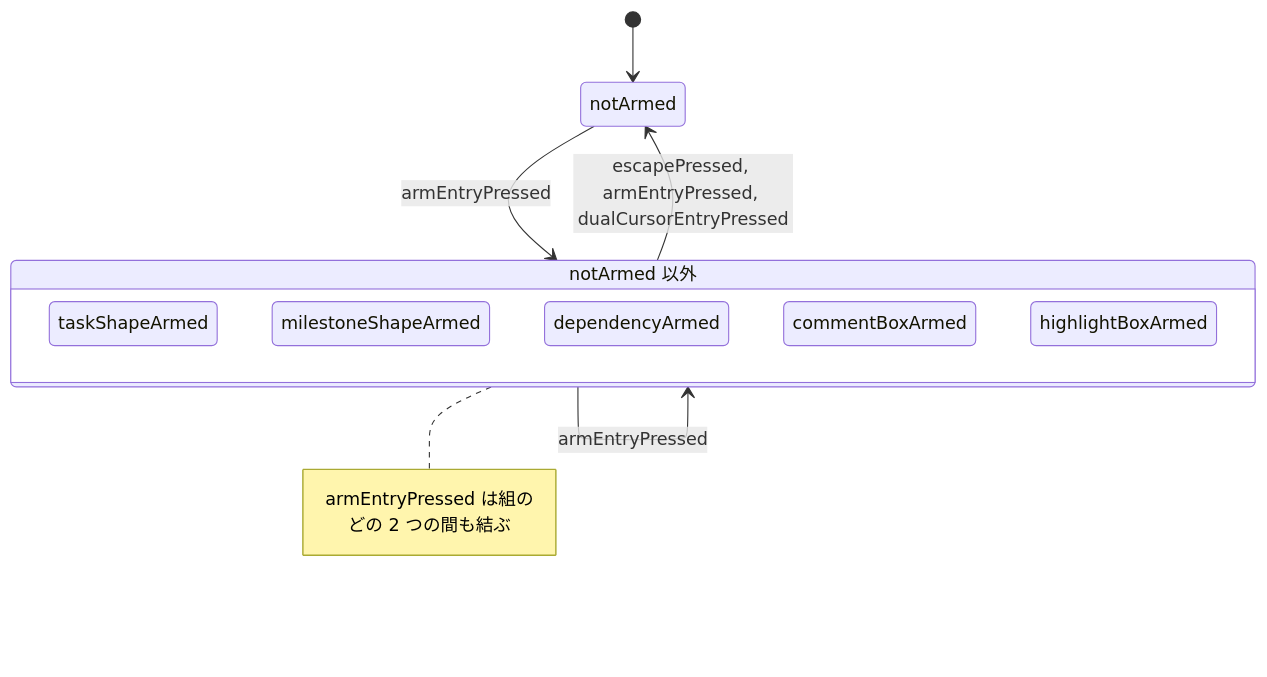
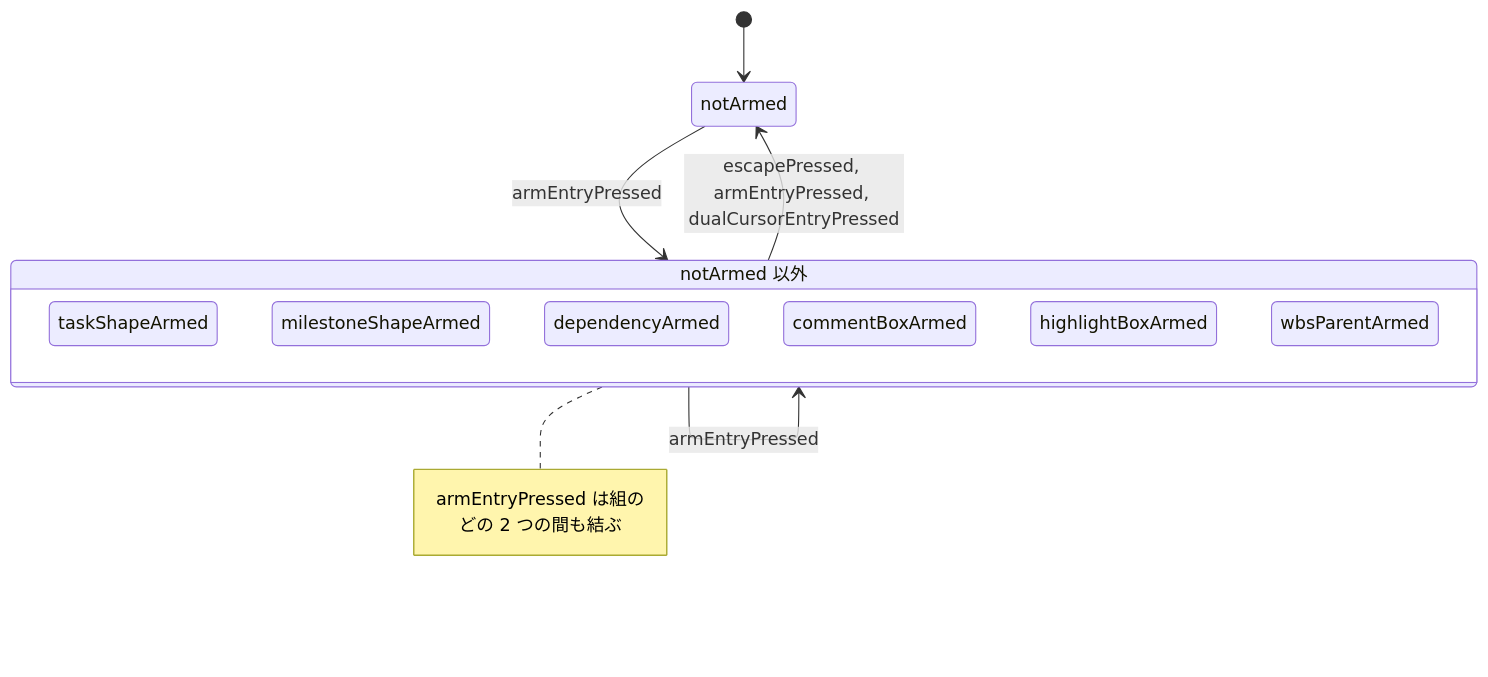
Before and after one commit to GoodRelax/gr-scheduler: the first of 27 diagrams in docs/spec/_assets/tbl-state-machines.md, drawn with Mermaid. The commit also changed other lines of this file and 23 other files, not shown here.

First line of the commit message:
Land CR-631 in the specification: WBS parent arrows and the parent arm

````diff
--- a/docs/spec/_assets/tbl-state-machines.md
+++ b/docs/spec/_assets/tbl-state-machines.md
@@ -128,17 +128,18 @@
 ```mermaid
 stateDiagram-v2
     direction TB
     [*] --> armModeStateMachine_notArmed
     armModeStateMachine_notArmed : notArmed
     state "notArmed 以外" as armModeStateMachine_group {
         armModeStateMachine_taskShapeArmed : taskShapeArmed
         armModeStateMachine_milestoneShapeArmed : milestoneShapeArmed
         armModeStateMachine_dependencyArmed : dependencyArmed
         armModeStateMachine_commentBoxArmed : commentBoxArmed
         armModeStateMachine_highlightBoxArmed : highlightBoxArmed
+        armModeStateMachine_wbsParentArmed : wbsParentArmed
     }
     note right of armModeStateMachine_group : armEntryPressed は組のどの 2 つの間も結ぶ
     armModeStateMachine_group --> armModeStateMachine_notArmed : escapePressed, armEntryPressed, dualCursorEntryPressed
     armModeStateMachine_notArmed --> armModeStateMachine_group : armEntryPressed
     armModeStateMachine_group --> armModeStateMachine_group : armEntryPressed
 ```
````
